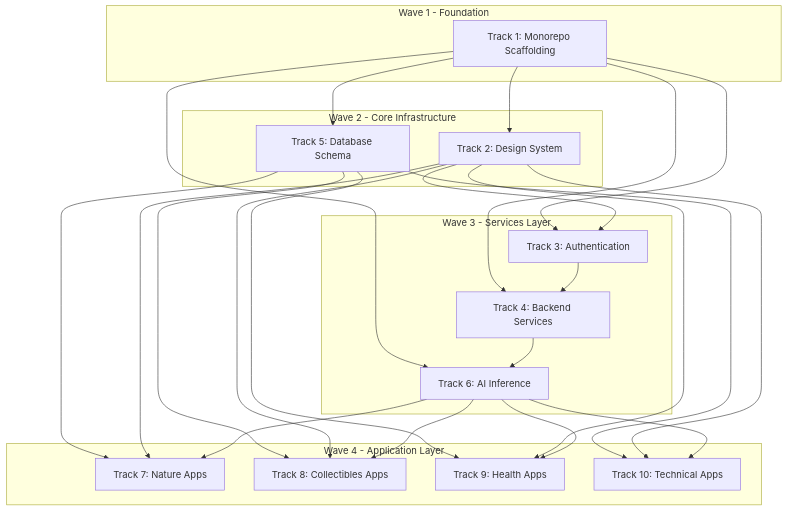
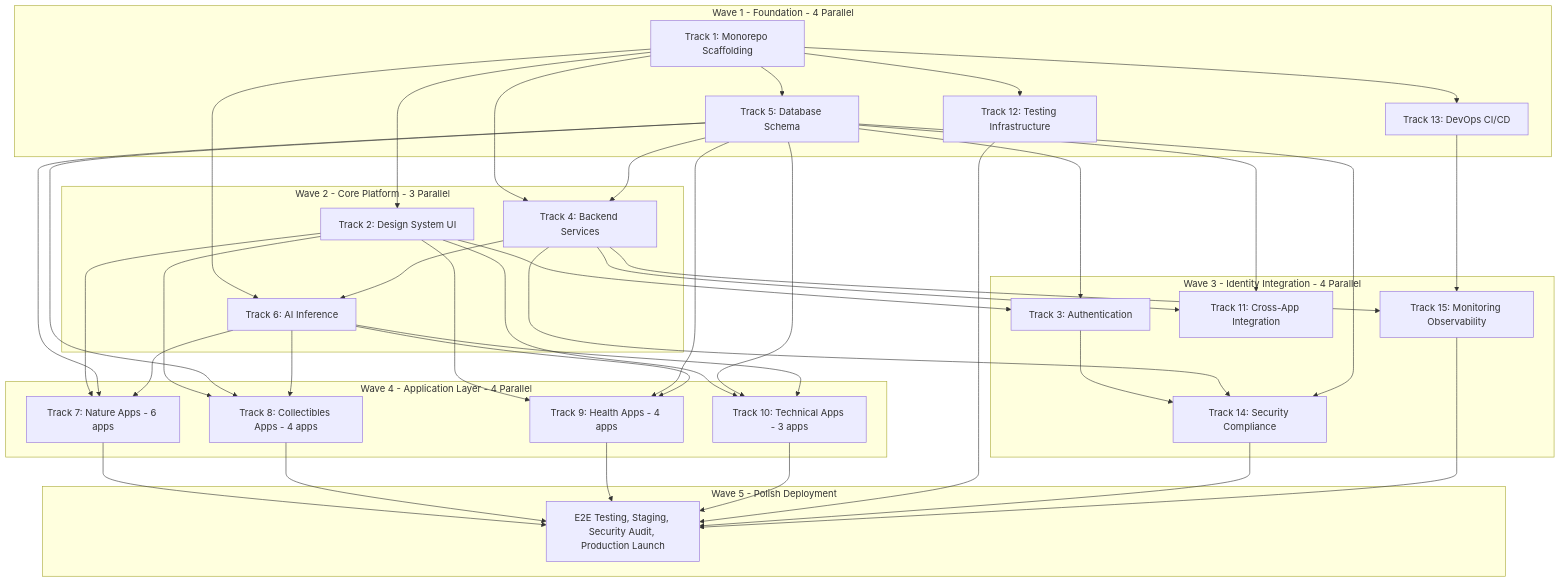
One commit to itsaslamopenclawdata/PhotoIdentifier changed the diagram in plans/Concurrency_Analysis_Report.md. Above: the diagram before and after it, drawn with Mermaid. The commit also changed other lines of this file, not shown here.

````diff
--- a/plans/Concurrency_Analysis_Report.md
+++ b/plans/Concurrency_Analysis_Report.md
@@ -38,45 +67,70 @@
 ```mermaid
 graph TB
-    subgraph Wave1[Wave 1 - Foundation]
+    subgraph Wave1[Wave 1 - Foundation - 4 Parallel]
         T1[Track 1: Monorepo Scaffolding]
+        T5[Track 5: Database Schema]
+        T12[Track 12: Testing Infrastructure]
+        T13[Track 13: DevOps CI/CD]
     end
     
-    subgraph Wave2[Wave 2 - Core Infrastructure]
-        T2[Track 2: Design System]
-        T5[Track 5: Database Schema]
-    end
-    
-    subgraph Wave3[Wave 3 - Services Layer]
-        T3[Track 3: Authentication]
+    subgraph Wave2[Wave 2 - Core Platform - 3 Parallel]
+        T2[Track 2: Design System UI]
         T4[Track 4: Backend Services]
         T6[Track 6: AI Inference]
     end
     
-    subgraph Wave4[Wave 4 - Application Layer]
-        T7[Track 7: Nature Apps]
-        T8[Track 8: Collectibles Apps]
-        T9[Track 9: Health Apps]
-        T10[Track 10: Technical Apps]
+    subgraph Wave3[Wave 3 - Identity Integration - 4 Parallel]
+        T3[Track 3: Authentication]
+        T11[Track 11: Cross-App Integration]
+        T14[Track 14: Security Compliance]
+        T15[Track 15: Monitoring Observability]
+    end
+    
+    subgraph Wave4[Wave 4 - Application Layer - 4 Parallel]
+        T7[Track 7: Nature Apps - 6 apps]
+        T8[Track 8: Collectibles Apps - 4 apps]
+        T9[Track 9: Health Apps - 4 apps]
+        T10[Track 10: Technical Apps - 3 apps]
+    end
+    
+    subgraph Wave5[Wave 5 - Polish Deployment]
+        FINAL[E2E Testing, Staging, Security Audit, Production Launch]
     end
     
     T1 --> T2
-    T1 --> T3
     T1 --> T4
     T1 --> T5
+    T1 --> T12
+    T1 --> T13
+    T5 --> T4
     T1 --> T6
+    T4 --> T6
     T2 --> T3
-    T3 --> T4
-    T4 --> T6
+    T5 --> T3
+    T4 --> T11
+    T5 --> T11
+    T3 --> T14
+    T4 --> T14
+    T5 --> T14
+    T4 --> T15
+    T13 --> T15
+    T2 --> T7
     T5 --> T7
+    T6 --> T7
+    T2 --> T8
     T5 --> T8
+    T6 --> T8
+    T2 --> T9
     T5 --> T9
+    T6 --> T9
+    T2 --> T10
     T5 --> T10
-    T2 --> T7
-    T2 --> T8
-    T2 --> T9
-    T2 --> T10
-    T6 --> T7
-    T6 --> T8
-    T6 --> T9
     T6 --> T10
+    T7 --> FINAL
+    T8 --> FINAL
+    T9 --> FINAL
+    T10 --> FINAL
+    T12 --> FINAL
+    T14 --> FINAL
+    T15 --> FINAL
 ```
````
